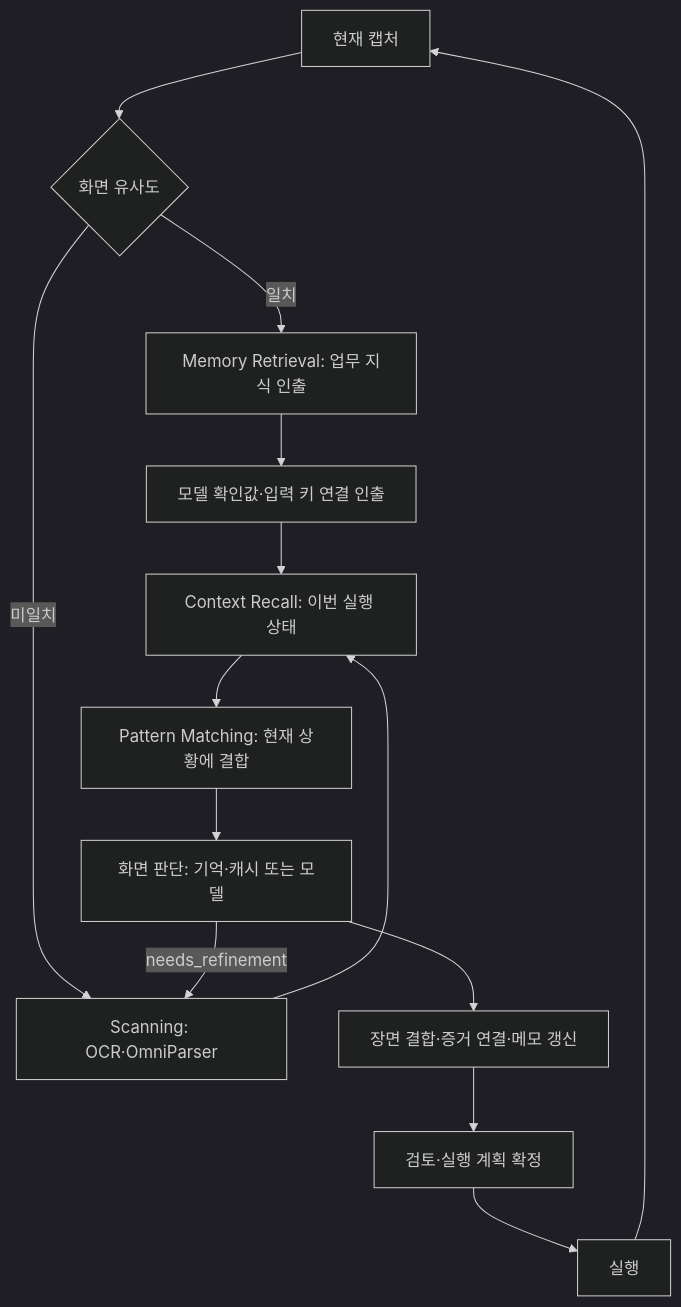
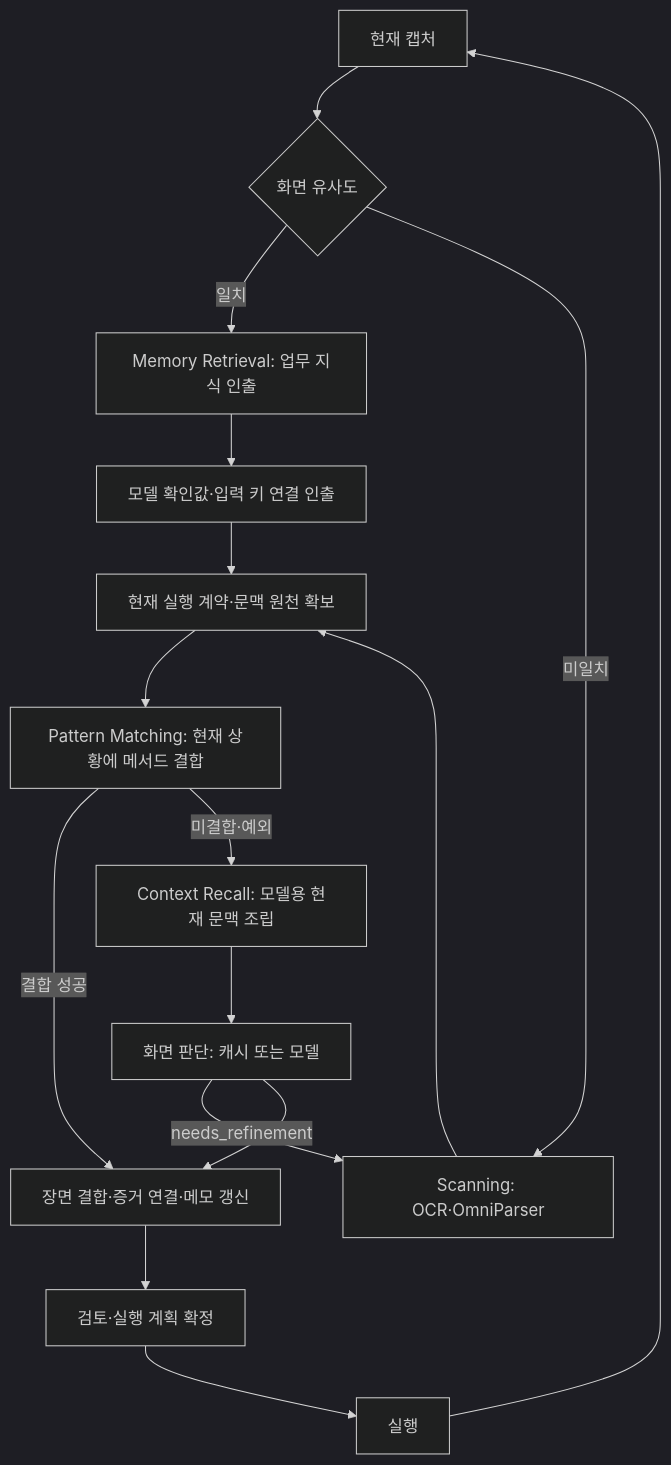
Before and after one commit to Dreamtreeme/agent-sawon: the diagram in docs/runtime-terminology.md, drawn with Mermaid (dark theme). The commit also changed other lines of this file and 9 other files, not shown here.

````diff
--- a/docs/runtime-terminology.md
+++ b/docs/runtime-terminology.md
@@ -27,16 +27,18 @@
 ```mermaid
 flowchart TD
     CAP[현재 캡처] --> SIM{화면 유사도}
     SIM -->|일치| MEM[Memory Retrieval: 업무 지식 인출]
     SIM -->|미일치| SCAN[Scanning: OCR·OmniParser]
     MEM --> READINGS[모델 확인값·입력 키 연결 인출]
-    READINGS --> CTX[Context Recall: 이번 실행 상태]
-    SCAN --> CTX
-    CTX --> PAT[Pattern Matching: 현재 상황에 결합]
-    PAT --> DEC[화면 판단: 기억·캐시 또는 모델]
+    READINGS --> STATE[현재 실행 계약·문맥 원천 확보]
+    SCAN --> STATE
+    STATE --> PAT[Pattern Matching: 현재 상황에 메서드 결합]
+    PAT -->|결합 성공| BIND
+    PAT -->|미결합·예외| CTX[Context Recall: 모델용 현재 문맥 조립]
+    CTX --> DEC[화면 판단: 캐시 또는 모델]
     DEC -->|needs_refinement| SCAN
     DEC --> BIND[장면 결합·증거 연결·메모 갱신]
     BIND --> REVIEW[검토·실행 계획 확정]
     REVIEW --> ACT[실행]
     ACT --> CAP
 ```
````
